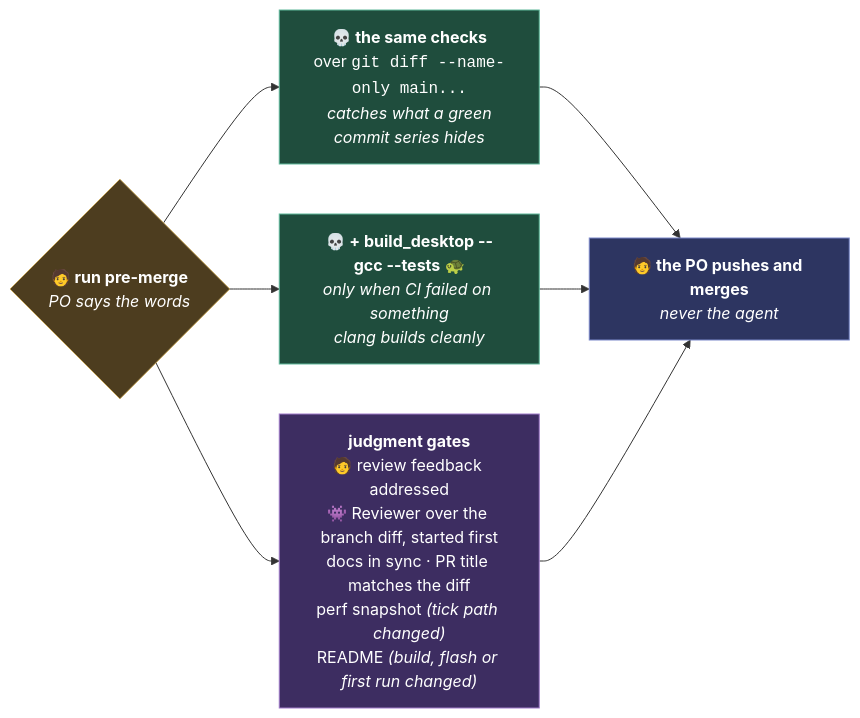
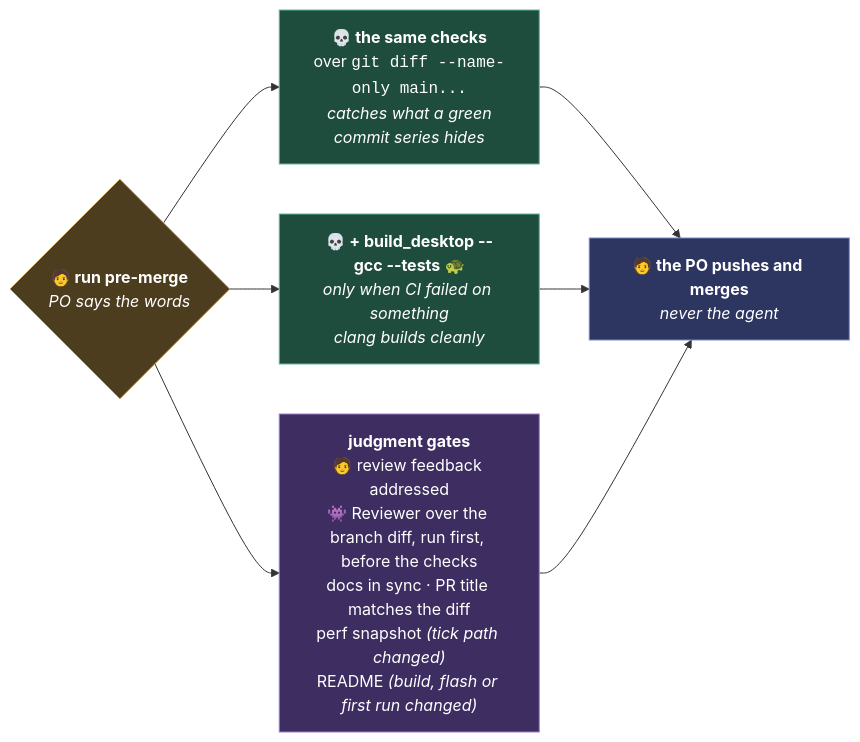
Before and after one commit to MoonModules/MoonLight: the sixth of 6 diagrams in CLAUDE.md, drawn with Mermaid. The commit also changed other lines of this file and 32 other files, not shown here.

````diff
--- a/CLAUDE.md
+++ b/CLAUDE.md
@@ -247,21 +247,21 @@
 ```mermaid
 flowchart LR
     pm{"<b>🧑 run pre-merge</b><br/><i>PO says the words</i>"}
     checks["<b>💀 the same checks</b><br/>over <code>git diff --name-only main...</code><br/><i>catches what a green<br/>commit series hides</i>"]
     gcc["<b>💀 + build_desktop --gcc --tests</b> 🐢<br/><i>only when CI failed on something<br/>clang builds cleanly</i>"]
-    judge["<b>judgment gates</b><br/>🧑 review feedback addressed<br/>👾 Reviewer over the branch diff, started first<br/>docs in sync · PR title matches the diff<br/>perf snapshot <i>(tick path changed)</i><br/>README <i>(build, flash or first run changed)</i>"]
+    judge["<b>judgment gates</b><br/>🧑 review feedback addressed<br/>👾 Reviewer over the branch diff, run first, before the checks<br/>docs in sync · PR title matches the diff<br/>perf snapshot <i>(tick path changed)</i><br/>README <i>(build, flash or first run changed)</i>"]
     merge["<b>🧑 the PO pushes and merges</b><br/><i>never the agent</i>"]
 
     pm --> checks --> merge
     pm --> gcc --> merge
     pm --> judge --> merge
 
     classDef gate fill:#4d3d1f,stroke:#c9a95f,color:#fff
     classDef check fill:#1f4d3d,stroke:#5fb89a,color:#fff
     classDef agent fill:#3d2d61,stroke:#a07bc9,color:#fff
     classDef po fill:#2d3561,stroke:#7b88c9,color:#fff
     class pm gate
     class checks,gcc check
     class judge agent
     class merge po
 ```
````
